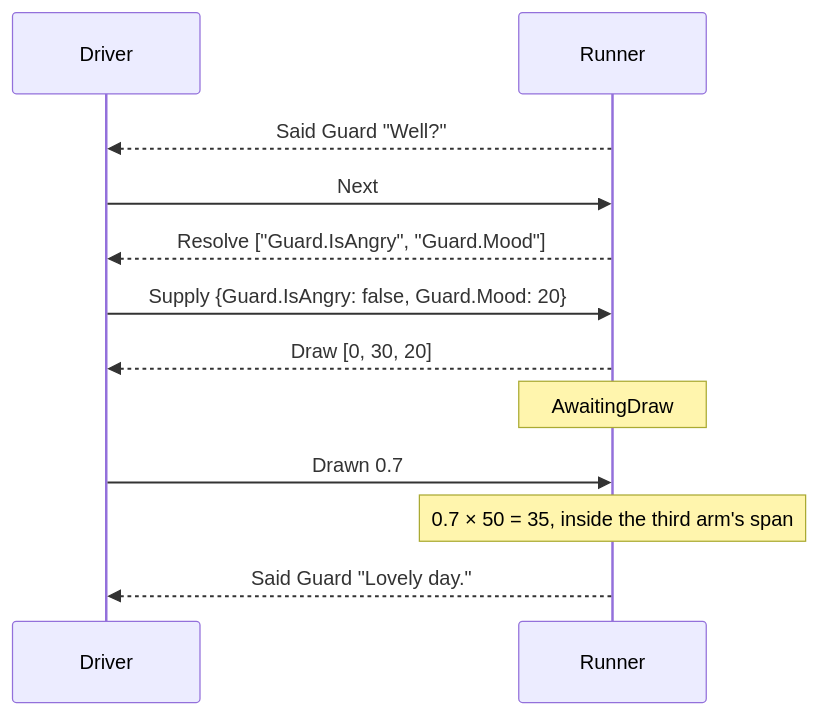
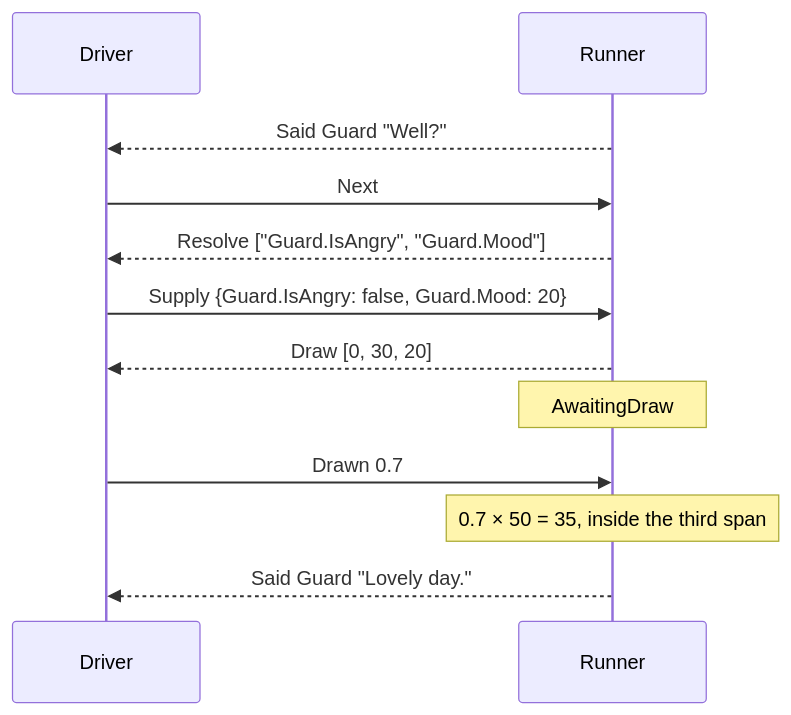
Before and after one commit to pengzhengyi/dialoguedown: the diagram in docs/contributing/design-notes/runtime/Drawing a Random Option.md, drawn with Mermaid. The commit also changed other lines of this file and 2 other files, not shown here.

````diff
--- a/docs/contributing/design-notes/runtime/Drawing a Random Option.md
+++ b/docs/contributing/design-notes/runtime/Drawing a Random Option.md
@@ -130,14 +129,14 @@
 ```mermaid
 sequenceDiagram
     participant D as Driver
     participant R as Runner
     R-->>D: Said Guard "Well?"
     D->>R: Next
     R-->>D: Resolve ["Guard.IsAngry", "Guard.Mood"]
     D->>R: Supply {Guard.IsAngry: false, Guard.Mood: 20}
     R-->>D: Draw [0, 30, 20]
     Note over R: AwaitingDraw
     D->>R: Drawn 0.7
-    Note over R: 0.7 × 50 = 35, inside the third arm's span
+    Note over R: 0.7 × 50 = 35, inside the third span
     R-->>D: Said Guard "Lovely day."
 ```
````
